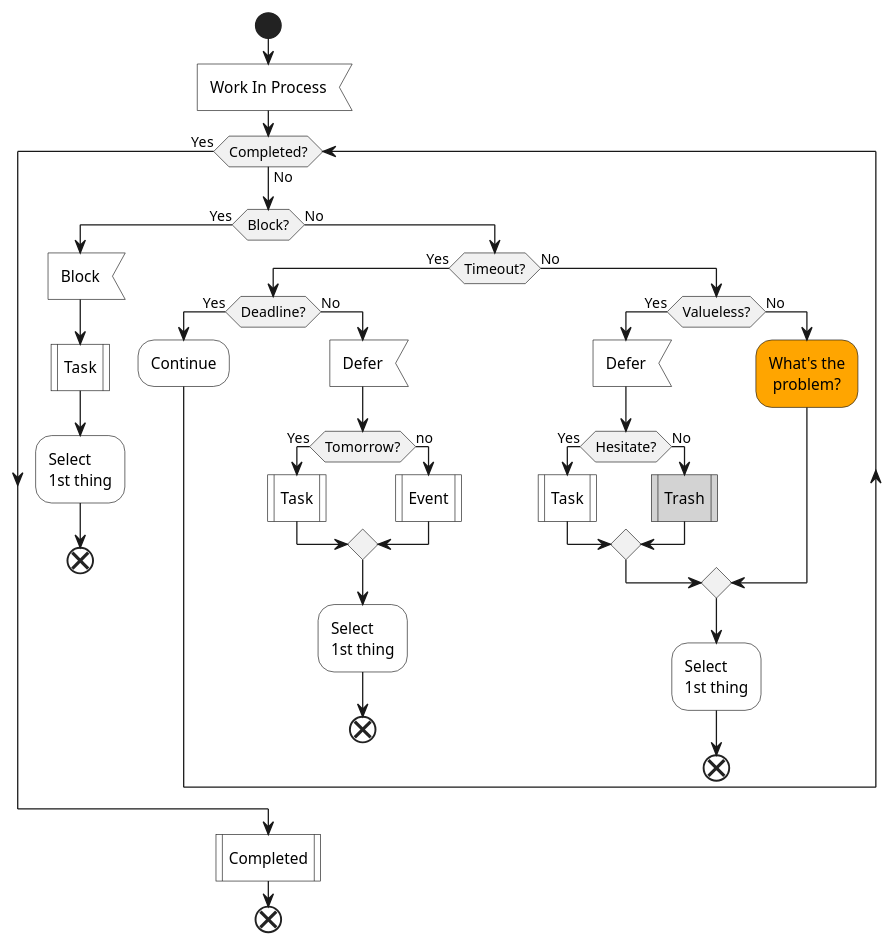
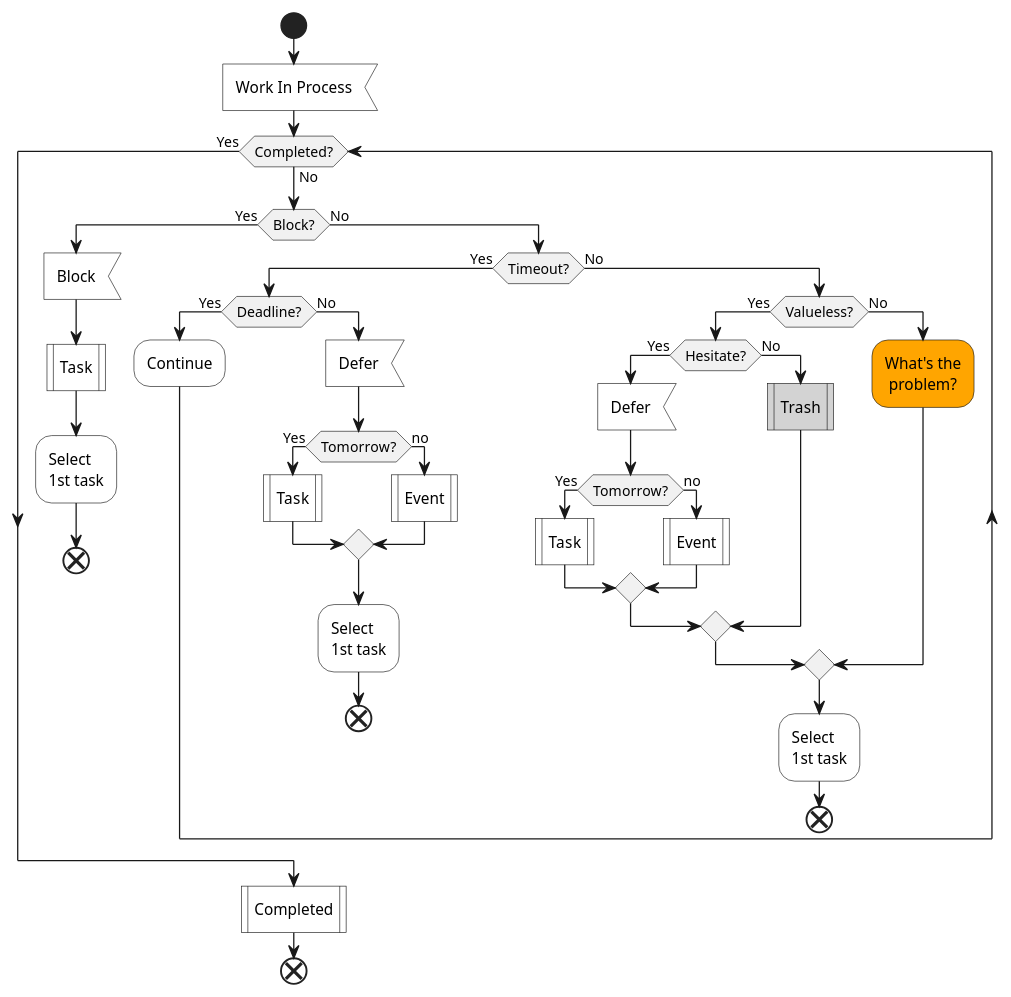
The fifth of 6 diagrams in lifelogs/rehabilitation.md (IceHe/icehe-lib), drawn with PlantUML before and after one commit. The commit also changed other lines of this file, not shown here.

````diff
--- a/lifelogs/rehabilitation.md
+++ b/lifelogs/rehabilitation.md
@@ -354,45 +294,49 @@
 ```plantuml
 @startuml
 start
 #white:Work In Process<
 while (Completed?) is (No)
     if (Block?) then (Yes)
         #white:Block<
         #white:Task|
-        #white:Select \n1st thing;
+        #white:Select \n1st task;
         end
     else (No)
         if (Timeout?) then (Yes)
             if (Deadline?) then (Yes)
                 #white:Continue;
             else (No)
                 #white:Defer<
                 if (Tomorrow?) then (Yes)
                     #white:Task|
                 else (no)
                     #white:Event|
                 endif
-                #white:Select \n1st thing;
+                #white:Select \n1st task;
                 end
             endif
         else (No)
             if (Valueless?) then (Yes)
-                #white:Defer<
                 if (Hesitate?) then (Yes)
-                    #white:Task|
+                    #white:Defer<
+                    if (Tomorrow?) then (Yes)
+                        #white:Task|
+                    else (no)
+                        #white:Event|
+                    endif
                 else (No)
                     #lightGray:Trash|
                 endif
             else (No)
                 #orange:What's the\n problem?;
             endif
-            #white:Select \n1st thing;
+            #white:Select \n1st task;
             end
         endif
     endif
     '#lightGray:Untag WIP<
 endwhile (Yes)
 #white:Completed|
 end
 @enduml
 ```
````
